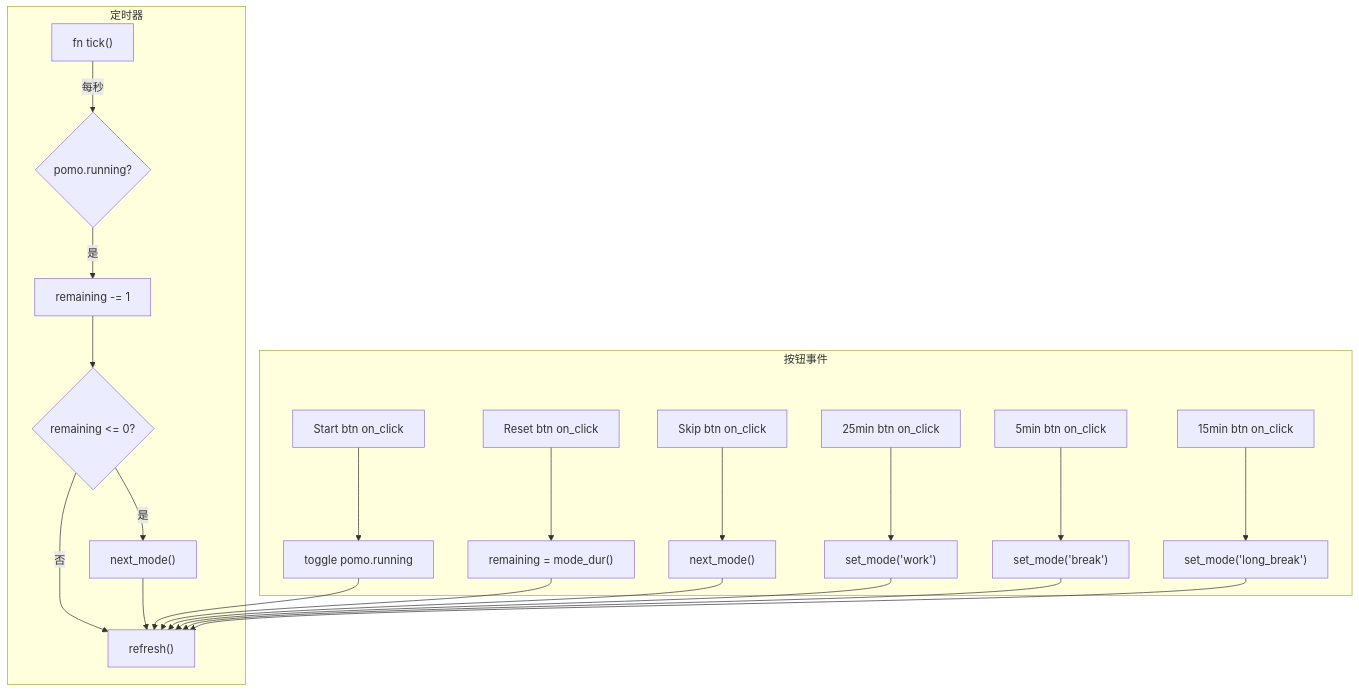
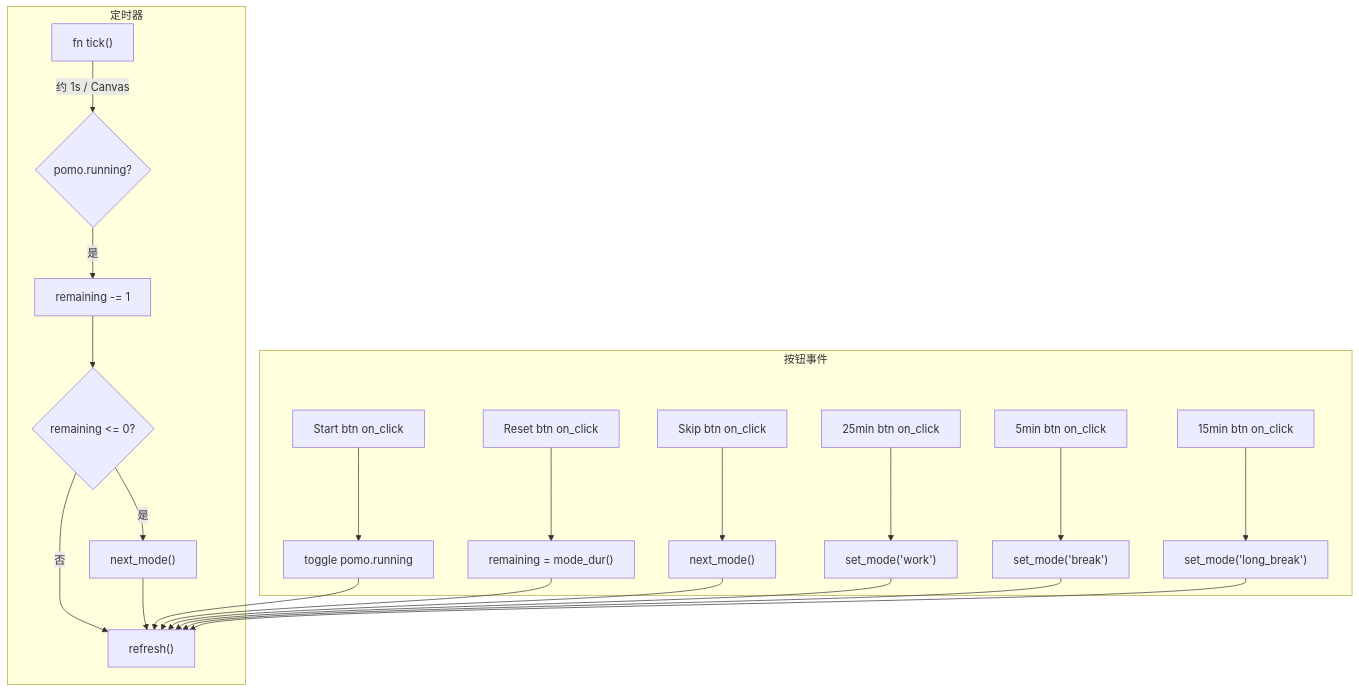
One commit to ZhangHanDong/makepad-2.0-book changed the second of 2 diagrams in src/zh/ch09-events.md. Above: the diagram before and after it, drawn with Mermaid. The commit also changed other lines of this file and 8 other files, not shown here.

````diff
--- a/src/zh/ch09-events.md
+++ b/src/zh/ch09-events.md
@@ -357,27 +357,27 @@
 ```mermaid
 flowchart TD
     subgraph 定时器
-        T["fn tick()"] -->|每秒| TC{"pomo.running?"}
+        T["fn tick()"] -->|约 1s / Canvas| TC{"pomo.running?"}
         TC -->|是| TD["remaining -= 1"]
         TD --> TE{"remaining <= 0?"}
         TE -->|是| TF["next_mode()"]
         TE -->|否| TG["refresh()"]
         TF --> TG
     end
 
     subgraph 按钮事件
         B1["Start btn on_click"] --> B1A["toggle pomo.running"]
         B2["Reset btn on_click"] --> B2A["remaining = mode_dur()"]
         B3["Skip btn on_click"] --> B3A["next_mode()"]
         B4["25min btn on_click"] --> B4A["set_mode('work')"]
         B5["5min btn on_click"] --> B5A["set_mode('break')"]
         B6["15min btn on_click"] --> B6A["set_mode('long_break')"]
     end
 
     B1A --> TG
     B2A --> TG
     B3A --> TG
     B4A --> TG
     B5A --> TG
     B6A --> TG
 ```
````
